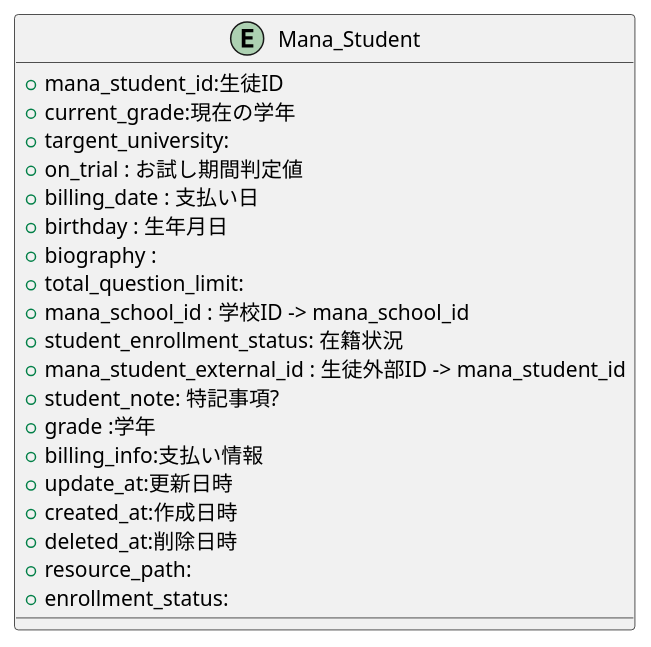
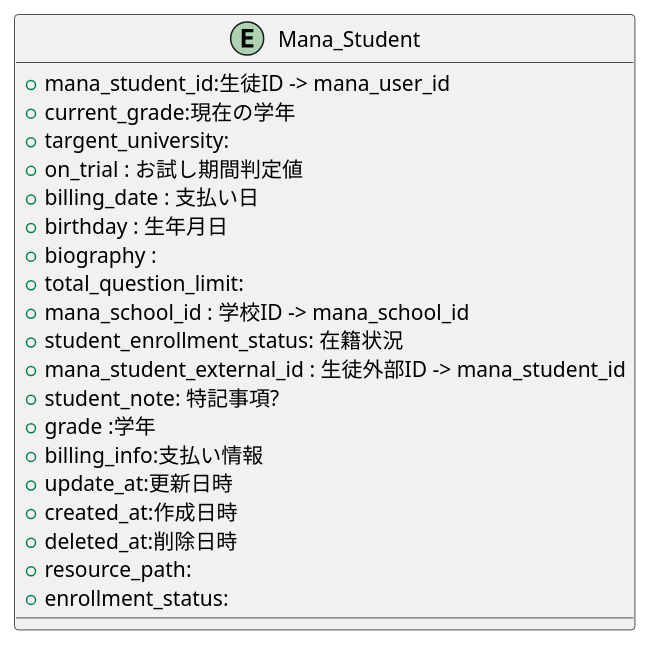
Before and after one commit to popoposorara/ERP_ER: the diagram in Entity/Mana_Student.pu, drawn with PlantUML. The commit also changed 14 other files, not shown here.

Commit message:
mana-student_guidance_record

```diff
--- a/Entity/Mana_Student.pu
+++ b/Entity/Mana_Student.pu
@@ -1,25 +1,25 @@
 @startuml
 
 entity "Mana_Student" {
-    + mana_student_id:生徒ID
+    + mana_student_id:生徒ID -> mana_user_id
     + current_grade:現在の学年
     + targent_university:
     + on_trial : お試し期間判定値
     + billing_date : 支払い日
     + birthday : 生年月日
     + biography : 
     + total_question_limit: 
     + mana_school_id : 学校ID -> mana_school_id
     + student_enrollment_status: 在籍状況
     + mana_student_external_id : 生徒外部ID -> mana_student_id
     + student_note: 特記事項?
     + grade :学年
     + billing_info:支払い情報
     + update_at:更新日時
     + created_at:作成日時
     + deleted_at:削除日時
     + resource_path:
     + enrollment_status:
 }
 
 @enduml
```
